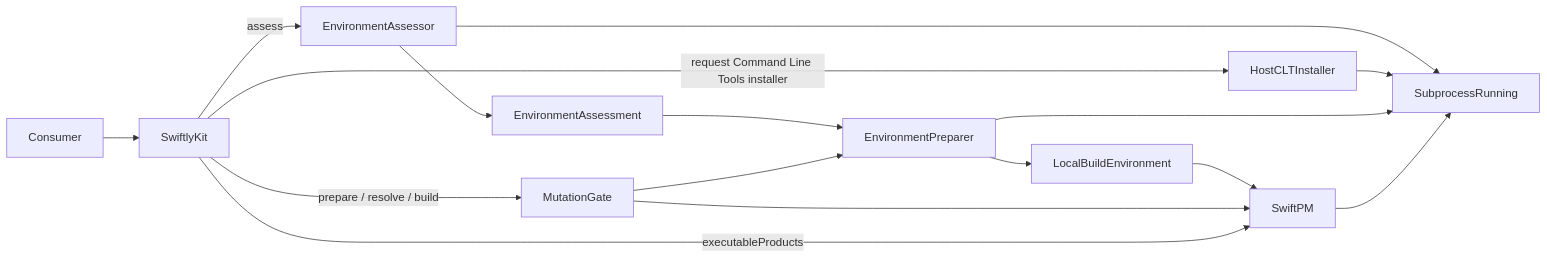
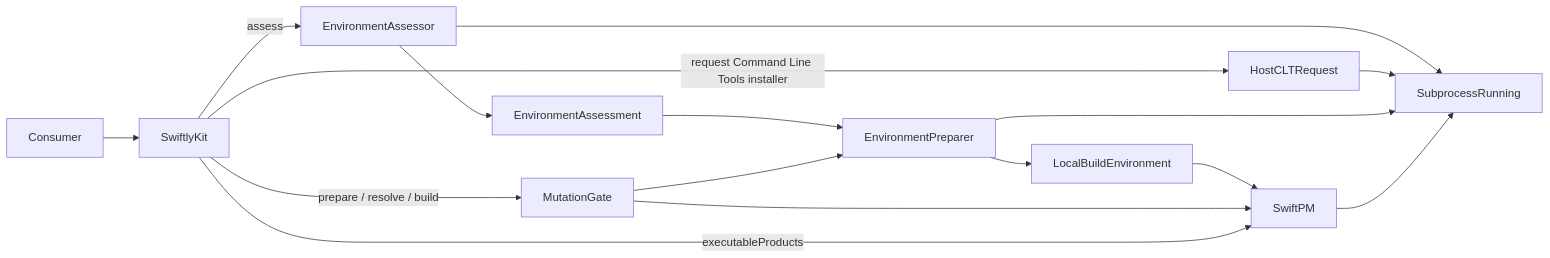
Before and after one commit to mottzi/SwiftlyKit: the diagram in Documentation/Architecture.md, drawn with Mermaid. The commit also changed other lines of this file and 32 other files, not shown here.

````diff
--- a/Documentation/Architecture.md
+++ b/Documentation/Architecture.md
@@ -7,18 +7,18 @@
 ```mermaid
 flowchart LR
     Consumer --> Facade[SwiftlyKit]
-    Facade -->|request Command Line Tools installer| Requester[HostCLTInstaller]
+    Facade -->|request Command Line Tools installer| Requester[HostCLTRequest]
     Facade -->|assess| Assessor[EnvironmentAssessor]
     Assessor --> Assessment[EnvironmentAssessment]
     Assessment --> Preparer[EnvironmentPreparer]
     Preparer --> Environment[LocalBuildEnvironment]
     Environment --> SwiftPM
     Facade -->|prepare / resolve / build| Gate[MutationGate]
     Gate --> Preparer
     Gate --> SwiftPM
     Facade -->|executableProducts| SwiftPM
-    Assessor --> Process[SubprocessRunning]
-    Requester --> Process
-    Preparer --> Process
-    SwiftPM --> Process
+    Assessor --> Subprocess[SubprocessRunning]
+    Requester --> Subprocess
+    Preparer --> Subprocess
+    SwiftPM --> Subprocess
 ```
````
